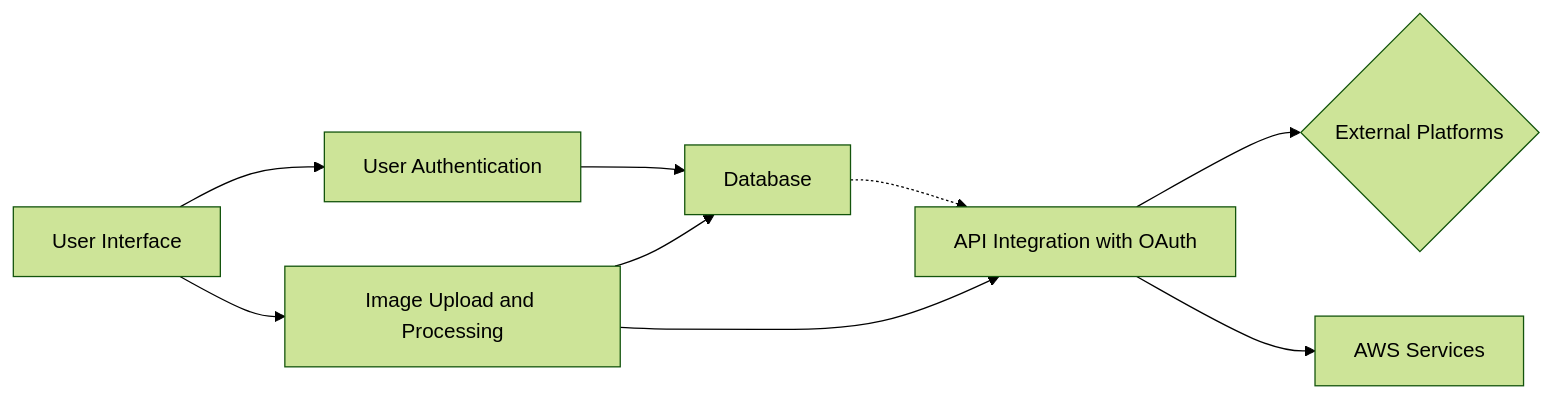
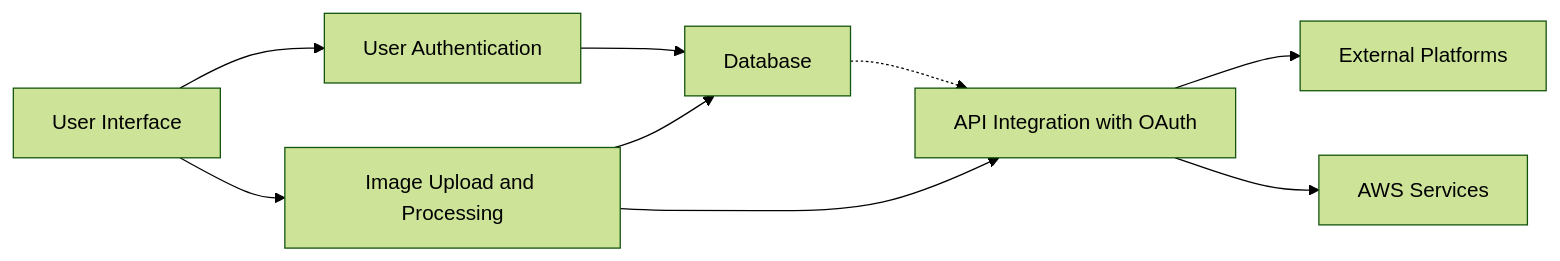
The first of 4 diagrams in design.md (loftwah/brandsync), drawn with Mermaid (forest theme) before and after one commit. The commit also changed other lines of this file, not shown here.

````diff
--- a/design.md
+++ b/design.md
@@ -21,11 +32,11 @@
 ```mermaid
 graph LR
-    A[User Interface] --> B[User Authentication]
-    A --> C[Image Upload and Processing]
-    B --> D[Database]
-    C --> D
-    C --> E[API Integration with OAuth]
-    E --> F{External Platforms}
-    D -.-> E
-    E --> G[AWS Services]
+    UI[User Interface] --> Auth[User Authentication]
+    UI --> IP[Image Upload and Processing]
+    Auth --> DB[Database]
+    IP --> DB
+    IP --> APIG[API Integration with OAuth]
+    APIG --> EP[External Platforms]
+    DB -.-> APIG
+    APIG --> AWS[AWS Services]
 ```
````
